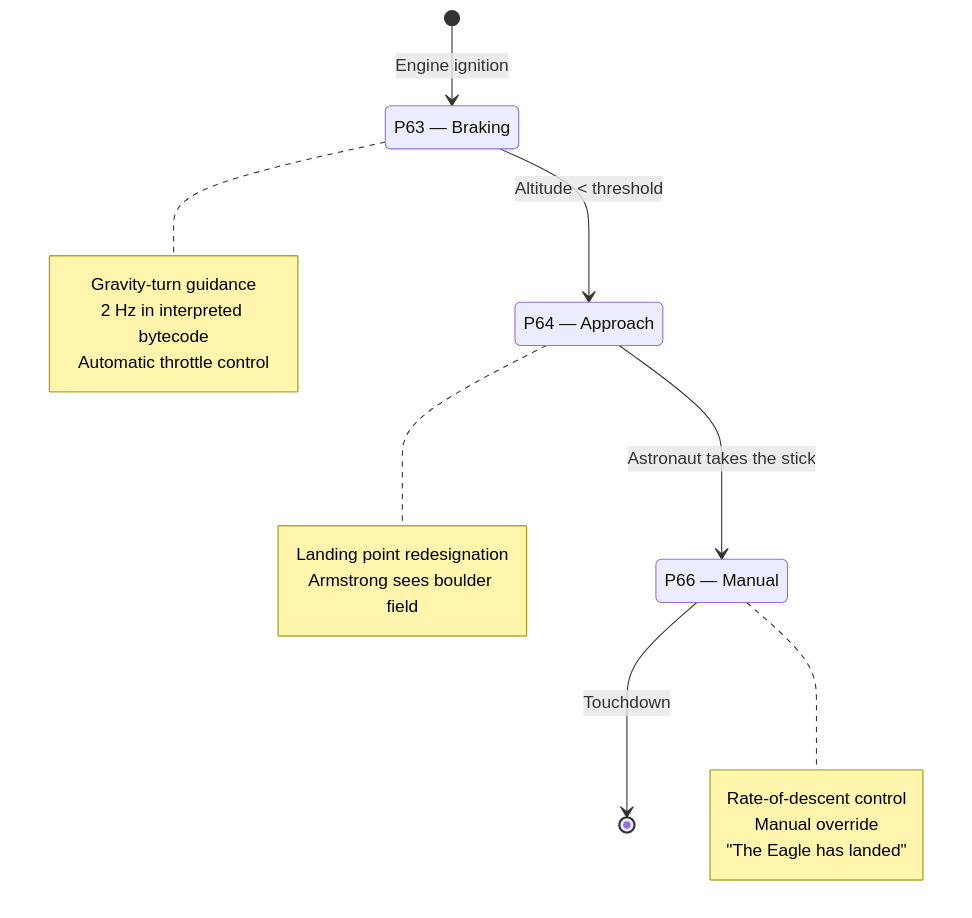
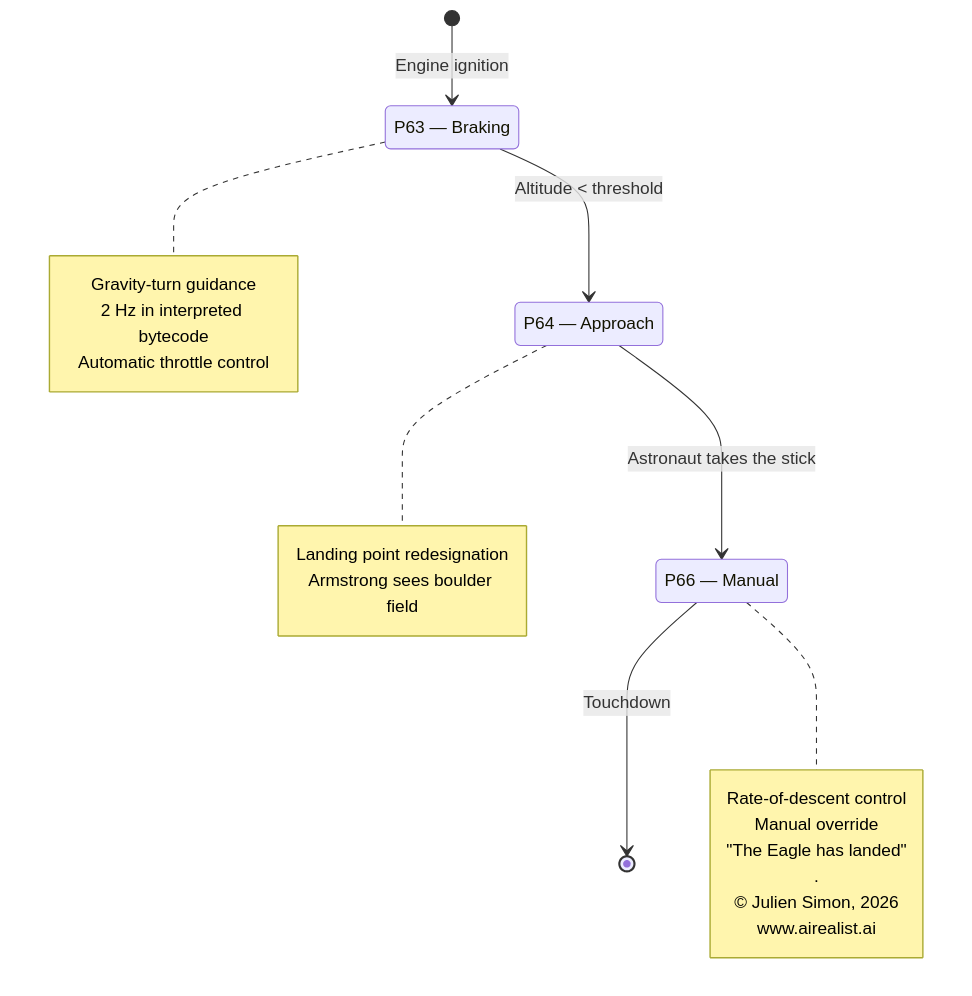
One commit to UrsulaCurme/apollo11-ai-walkthrough changed the second of 2 diagrams in blog/blog-post.md. Above: the diagram before and after it, drawn with Mermaid. The commit also changed other lines of this file and 1 other file, not shown here.

First line of the commit message:
Embed copyright in all illustrations, replace bar chart with SVG

````diff
--- a/blog/blog-post.md
+++ b/blog/blog-post.md
@@ -101,30 +92,33 @@
 ```mermaid
 stateDiagram-v2
     [*] --> P63 : Engine ignition
 
     state "P63 — Braking" as P63
     state "P64 — Approach" as P64
     state "P66 — Manual" as P66
 
     P63 --> P64 : Altitude < threshold
     P64 --> P66 : Astronaut takes the stick
 
     P66 --> [*] : Touchdown
 
     note right of P63
         Gravity-turn guidance
         2 Hz in interpreted bytecode
         Automatic throttle control
     end note
 
     note right of P64
         Landing point redesignation
         Armstrong sees boulder field
     end note
 
     note right of P66
         Rate-of-descent control
         Manual override
         "The Eagle has landed"
+        .
+        © Julien Simon, 2026
+        www.airealist.ai
     end note
 ```
````
